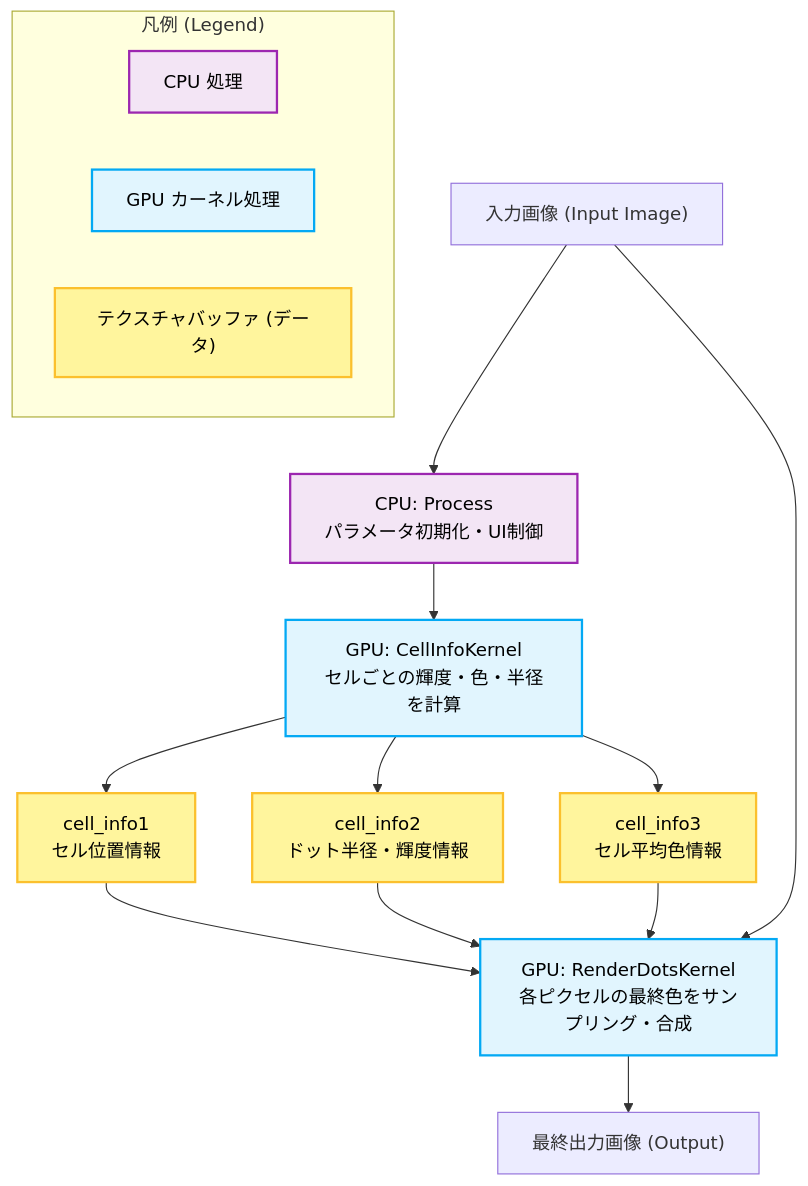
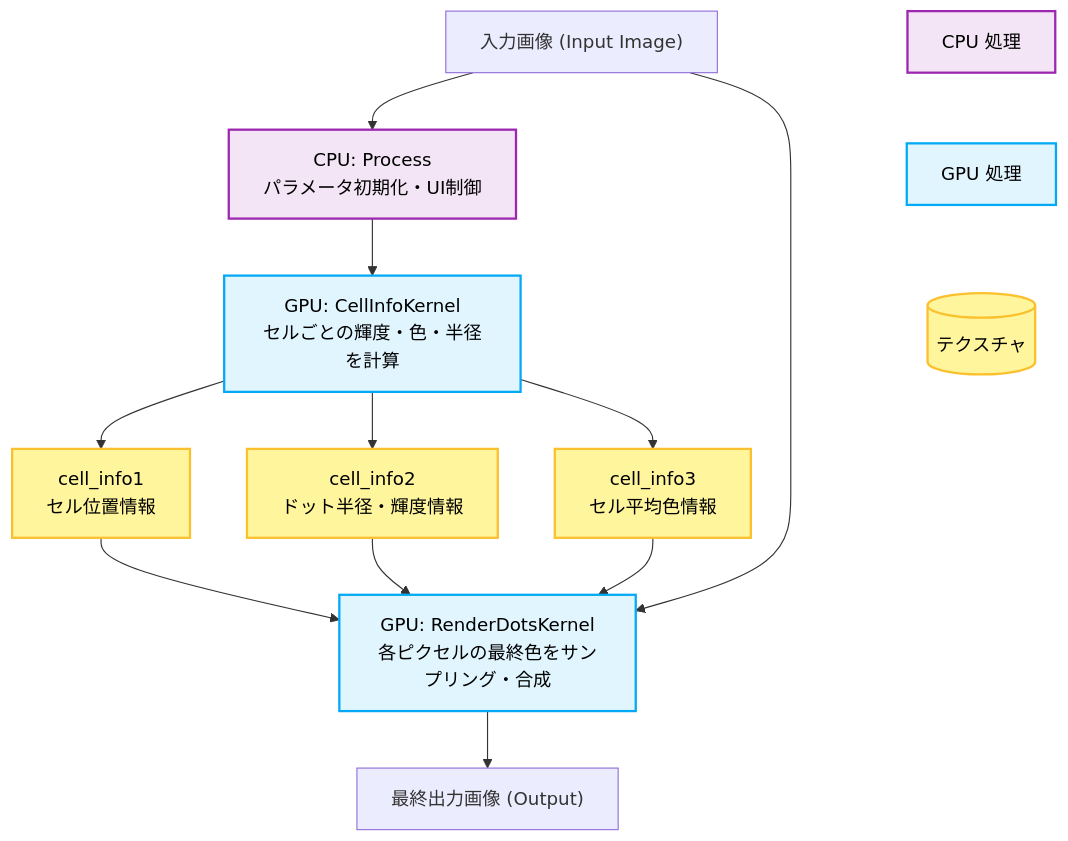
One commit to mug-lab-3/DaVinciResolveEffects changed the diagram in fuses/MugSimpleHalftone.md. Above: the diagram before and after it, drawn with Mermaid.

Commit message:
docs: Update documentation for the `MugSimpleHalftone` fuse.

````diff
--- a/fuses/MugSimpleHalftone.md
+++ b/fuses/MugSimpleHalftone.md
@@ -25,30 +25,27 @@
 ```mermaid
 graph TD
     A["入力画像 (Input Image)"] --> CPU["CPU: Process<br/>パラメータ初期化・UI制御"]
     CPU --> C_K["GPU: CellInfoKernel<br/>セルごとの輝度・色・半径を計算"]
     
     C_K --> B1["cell_info1<br/>セル位置情報"]
     C_K --> B2["cell_info2<br/>ドット半径・輝度情報"]
     C_K --> B3["cell_info3<br/>セル平均色情報"]
     
     B1 --> R_K["GPU: RenderDotsKernel<br/>各ピクセルの最終色をサンプリング・合成"]
     B2 --> R_K
     B3 --> R_K
     A --> R_K
+    
     R_K --> Z["最終出力画像 (Output)"]
 
-    subgraph Legend ["凡例 (Legend)"]
-        direction LR
-        L1["CPU 処理"]:::cpuStyle
-        L2["GPU カーネル処理"]:::gpuStyle
-        L3["テクスチャバッファ (データ)"]:::bufStyle
-    end
+    %% Legend Nodes
+    L1[CPU 処理]:::cpuStyle ~~~ L2[GPU 処理]:::gpuStyle ~~~ L3[(テクスチャ)]:::bufStyle
 
     classDef cpuStyle fill:#f3e5f5,stroke:#9c27b0,stroke-width:2px,color:#000000
     classDef gpuStyle fill:#e1f5fe,stroke:#03a9f4,stroke-width:2px,color:#000000
     classDef bufStyle fill:#fff59d,stroke:#fbc02d,stroke-width:2px,color:#000000
 
     class CPU cpuStyle
     class C_K,R_K gpuStyle
     class B1,B2,B3 bufStyle
 ```
````
